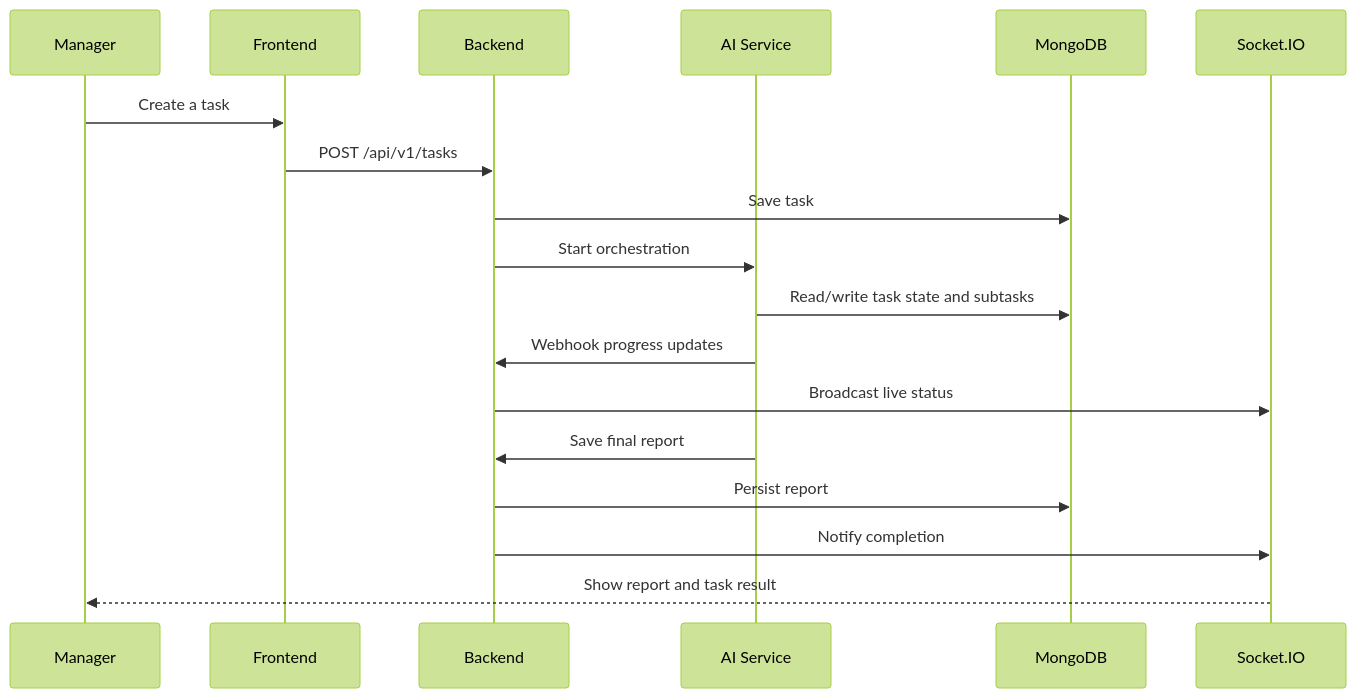
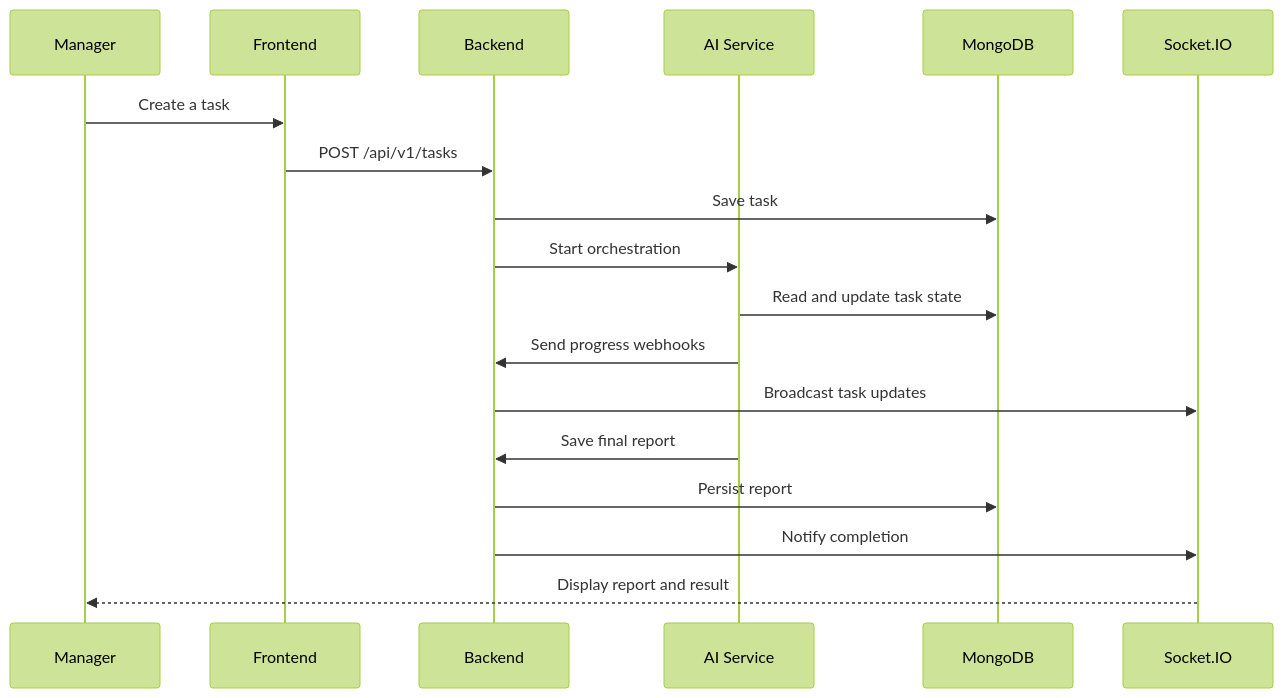
Before and after one commit to msrikarthika-netizen/syncspace: the second of 2 diagrams in README.md, drawn with Mermaid (forest theme). The commit also changed other lines of this file and 16 other files, not shown here.

Commit message:
checking task status

````diff
--- a/README.md
+++ b/README.md
@@ -60,21 +104,21 @@
 ```mermaid
 sequenceDiagram
-	participant Manager
-	participant Frontend
-	participant Backend
-	participant AI as AI Service
-	participant DB as MongoDB
-	participant Live as Socket.IO
+  participant Manager
+  participant Frontend
+  participant Backend
+  participant AI as AI Service
+  participant DB as MongoDB
+  participant Live as Socket.IO
 
-	Manager->>Frontend: Create a task
-	Frontend->>Backend: POST /api/v1/tasks
-	Backend->>DB: Save task
-	Backend->>AI: Start orchestration
-	AI->>DB: Read/write task state and subtasks
-	AI->>Backend: Webhook progress updates
-	Backend->>Live: Broadcast live status
-	AI->>Backend: Save final report
-	Backend->>DB: Persist report
-	Backend->>Live: Notify completion
-	Live-->>Manager: Show report and task result
+  Manager->>Frontend: Create a task
+  Frontend->>Backend: POST /api/v1/tasks
+  Backend->>DB: Save task
+  Backend->>AI: Start orchestration
+  AI->>DB: Read and update task state
+  AI->>Backend: Send progress webhooks
+  Backend->>Live: Broadcast task updates
+  AI->>Backend: Save final report
+  Backend->>DB: Persist report
+  Backend->>Live: Notify completion
+  Live-->>Manager: Display report and result
 ```
````
